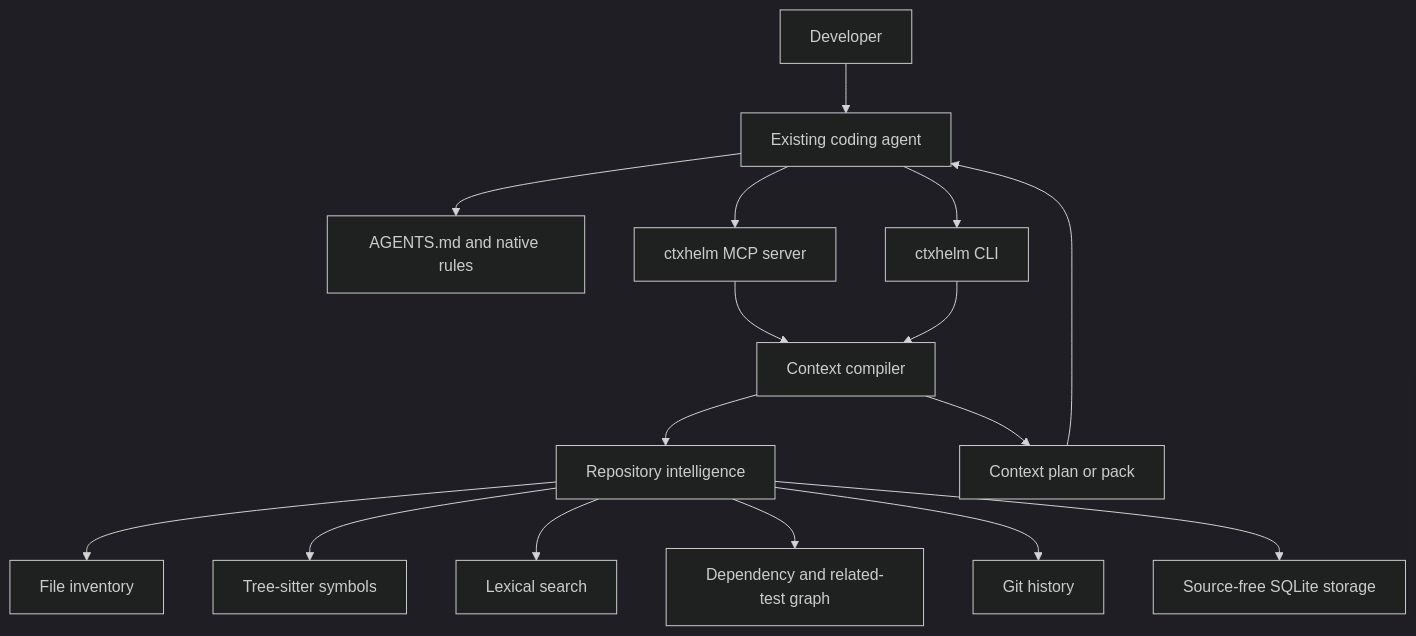
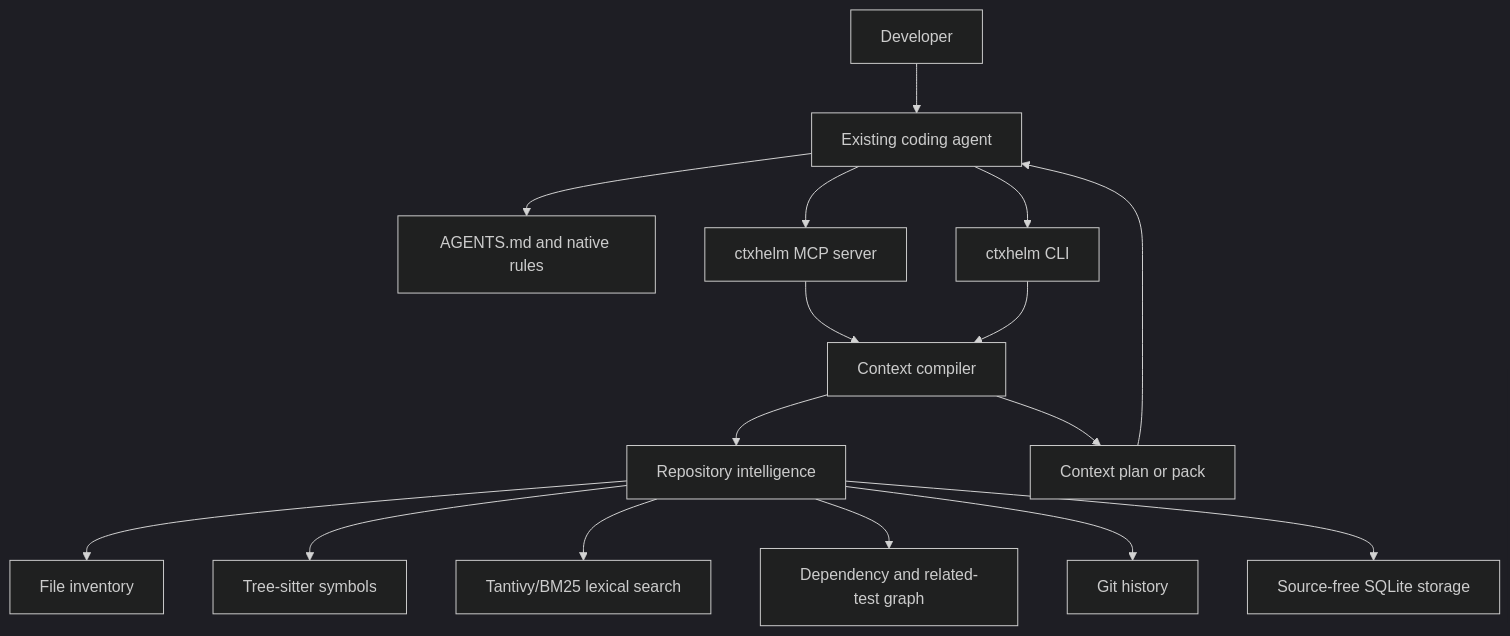
The first of 6 diagrams in docs/architecture.md (thromel/ctxhelm), drawn with Mermaid (dark theme) before and after one commit. The commit also changed other lines of this file and 10 other files, not shown here.

Commit message:
Add BM25 lexical search foundation

````diff
--- a/docs/architecture.md
+++ b/docs/architecture.md
@@ -11,18 +11,18 @@
 ```mermaid
 flowchart TD
   User["Developer"] --> Agent["Existing coding agent"]
   Agent --> Static["AGENTS.md and native rules"]
   Agent --> MCP["ctxhelm MCP server"]
   Agent --> CLI["ctxhelm CLI"]
   MCP --> Compiler["Context compiler"]
   CLI --> Compiler
   Compiler --> Index["Repository intelligence"]
   Index --> Inventory["File inventory"]
   Index --> Symbols["Tree-sitter symbols"]
-  Index --> Lexical["Lexical search"]
+  Index --> Lexical["Tantivy/BM25 lexical search"]
   Index --> Graph["Dependency and related-test graph"]
   Index --> History["Git history"]
   Index --> Storage["Source-free SQLite storage"]
   Compiler --> Pack["Context plan or pack"]
   Pack --> Agent
 ```
````
